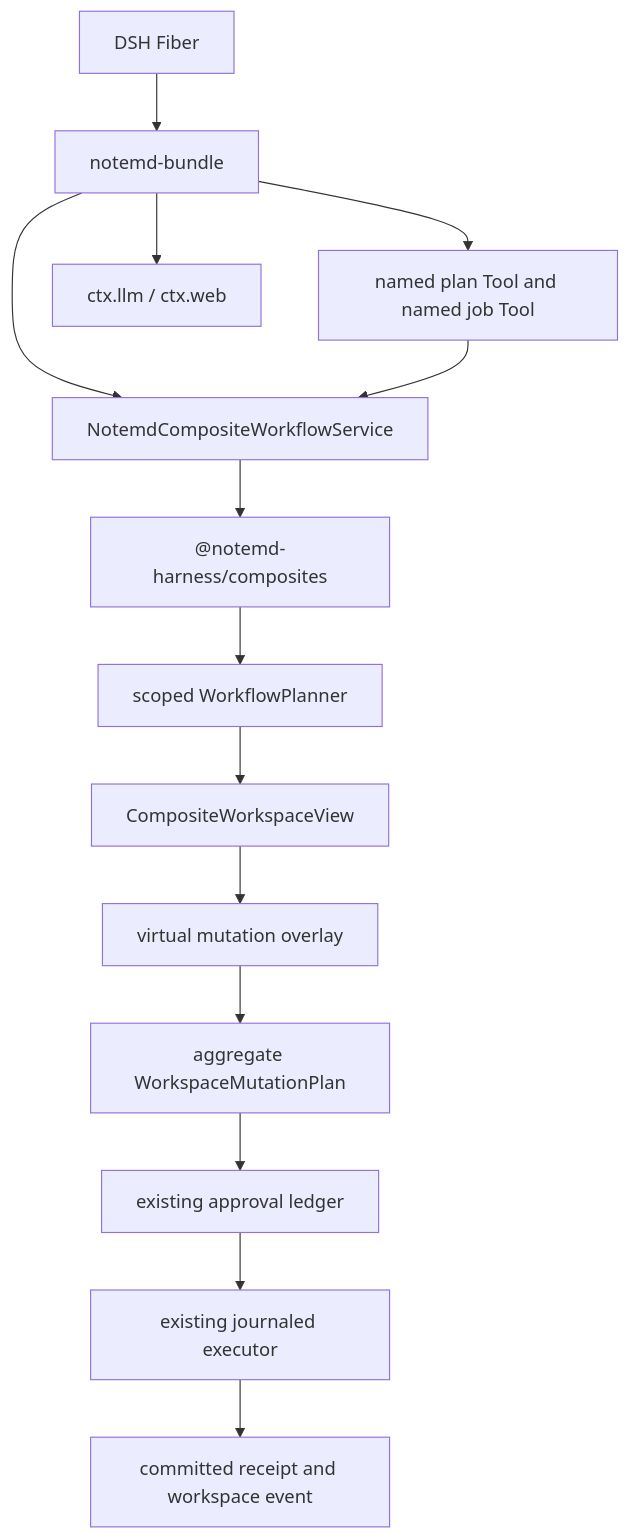
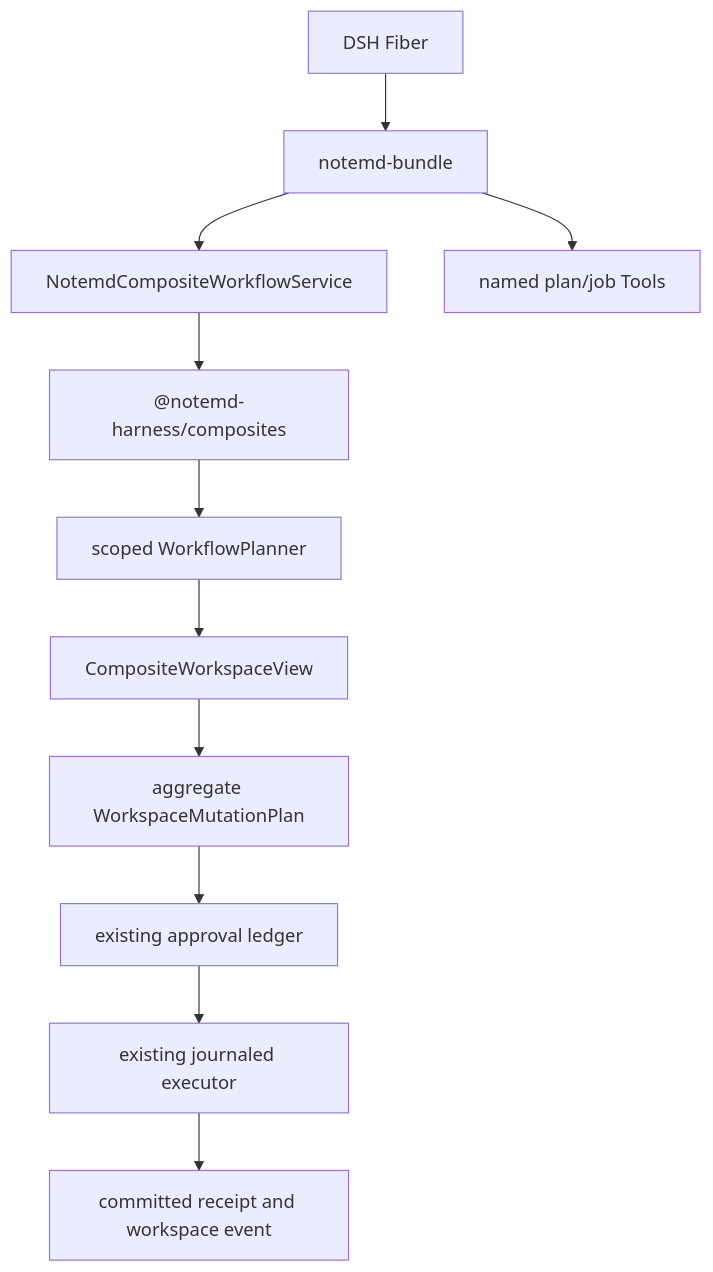
The diagram in docs/specs/2026-08-21-dsh-notemd-composite-workflow-architecture.zh-CN.md (Jacobinwwey/dsh-NotEMD), drawn with Mermaid before and after one commit. The commit also changed other lines of this file and 55 other files, not shown here.

````diff
--- a/docs/specs/2026-08-21-dsh-notemd-composite-workflow-architecture.zh-CN.md
+++ b/docs/specs/2026-08-21-dsh-notemd-composite-workflow-architecture.zh-CN.md
@@ -71,16 +48,13 @@
-~~~mermaid
+```mermaid
 flowchart TD
   F["DSH Fiber"] --> B["notemd-bundle"]
   B --> C["NotemdCompositeWorkflowService"]
   C --> CW["@notemd-harness/composites"]
   CW --> W["scoped WorkflowPlanner"]
   W --> V["CompositeWorkspaceView"]
-  V --> O["virtual mutation overlay"]
-  O --> P["aggregate WorkspaceMutationPlan"]
+  V --> P["aggregate WorkspaceMutationPlan"]
   P --> A["existing approval ledger"]
   A --> E["existing journaled executor"]
   E --> R["committed receipt and workspace event"]
-  B --> T["named plan Tool and named job Tool"]
-  T --> C
-  B --> L["ctx.llm / ctx.web"]
-~~~
+  B --> T["named plan/job Tools"]
+```
````
